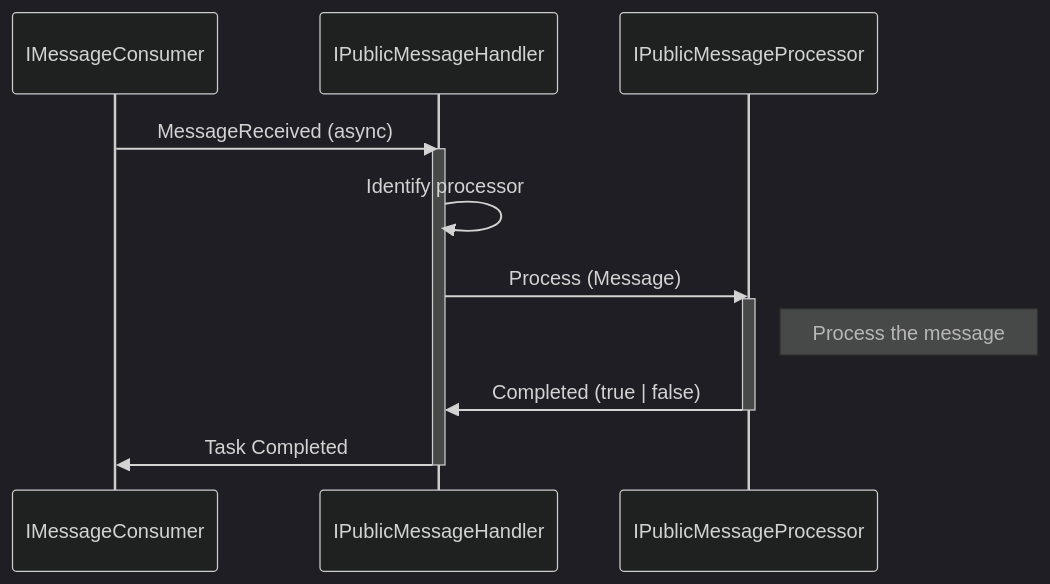
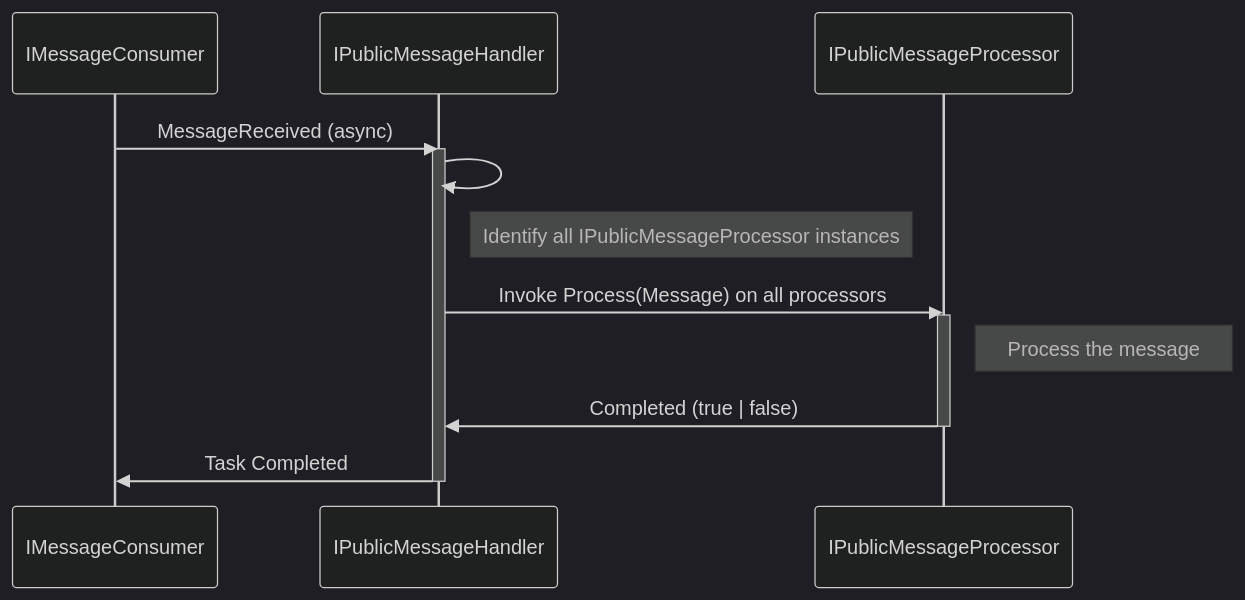
Before and after one commit to dolittle-entropy/AppKits: the second of 2 diagrams in csharp/eventbrokering/README.md, drawn with Mermaid (dark theme). The commit also changed other lines of this file, not shown here.

````diff
--- a/csharp/eventbrokering/README.md
+++ b/csharp/eventbrokering/README.md
@@ -31,16 +38,17 @@
 ```mermaid
 sequenceDiagram
     participant A as IMessageConsumer
     participant B as IPublicMessageHandler
     participant C as IPublicMessageProcessor
     A->>B: MessageReceived (async)
     activate B
-    B->>B: Identify processor    
-    B->>C: Process (Message)
+    B->>B: 
+    note right of B: Identify all IPublicMessageProcessor instances
+    B->>C: Invoke Process(Message) on all processors
     activate C
     note right of C: Process the message
     C->>B: Completed (true | false)
     deactivate C
     B->>A: Task Completed
     deactivate B
 ```
````
